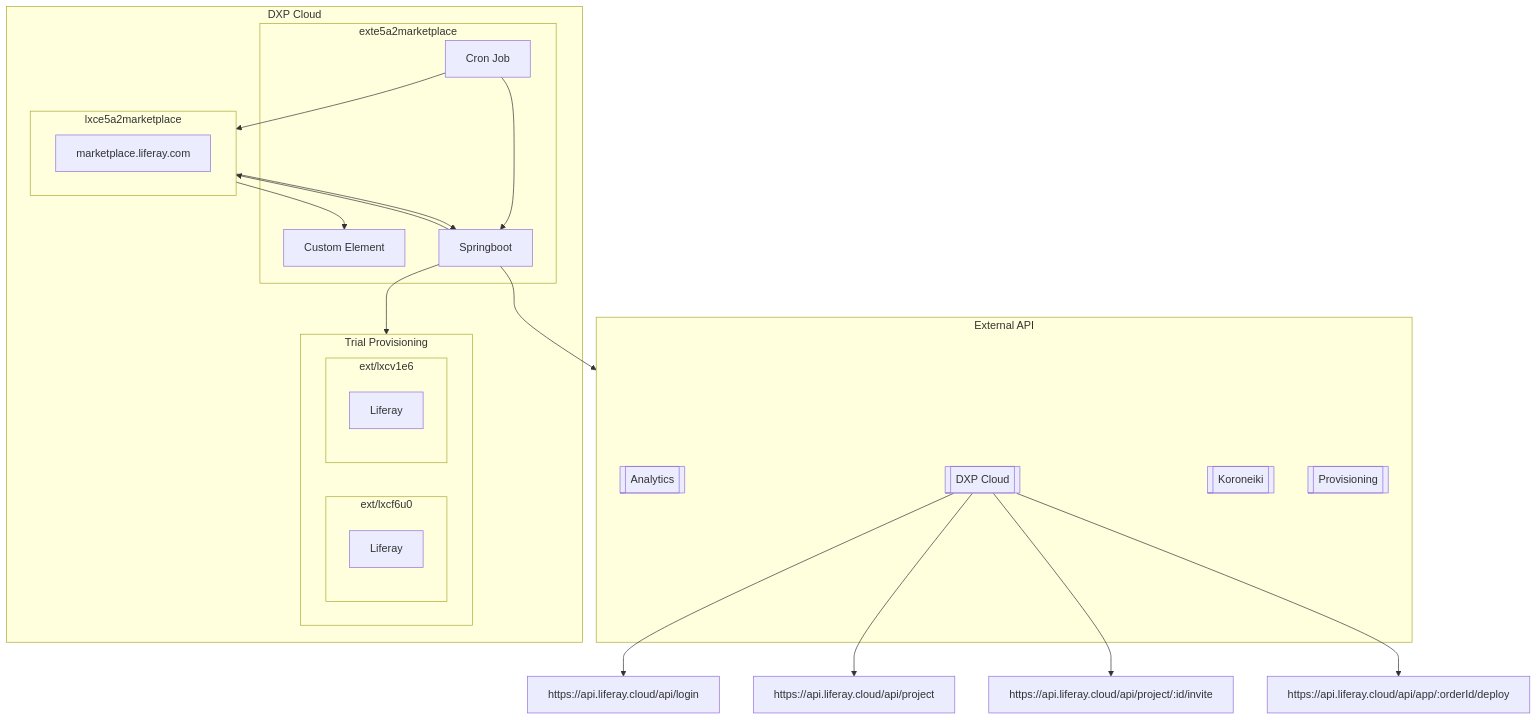
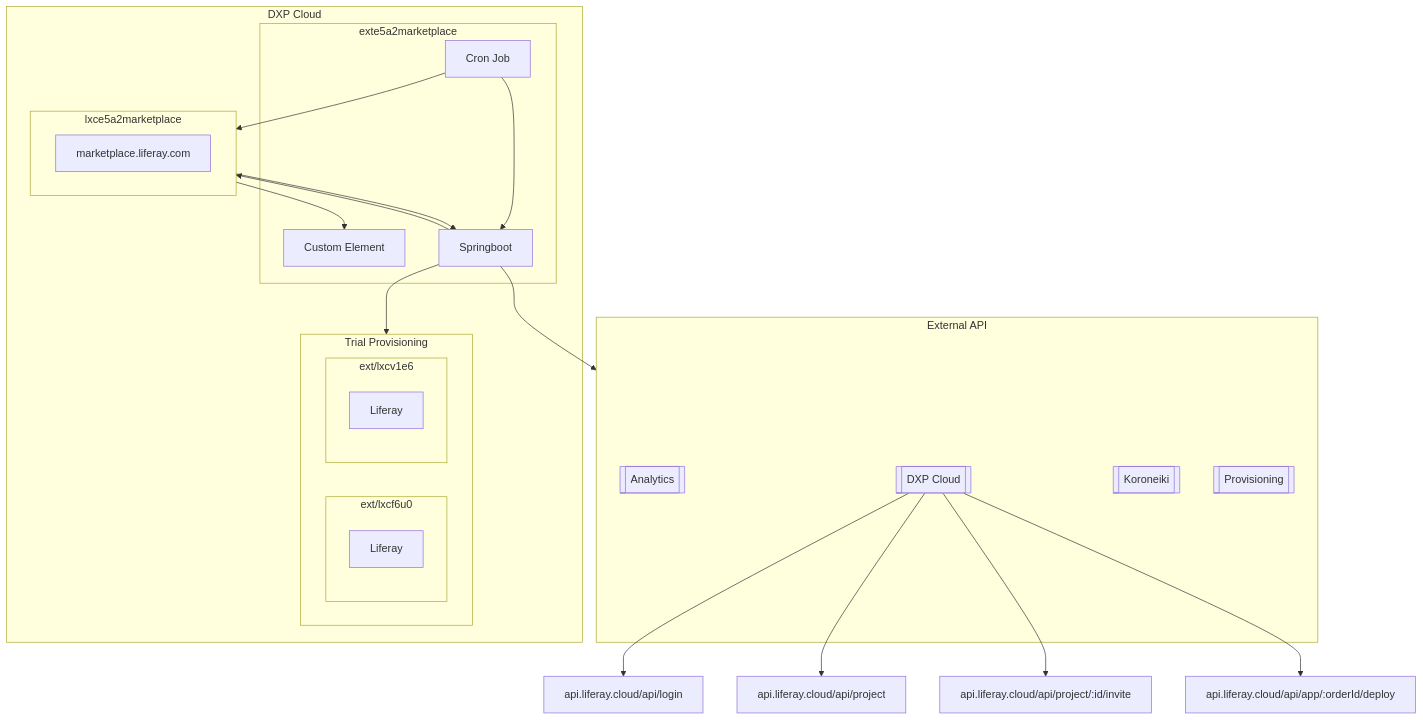
Before and after one commit to kevenleone/etl-marketplace: the diagram in design/mermaid/marketplace-components.mermaid, drawn with Mermaid. The commit also changed 88 other files, not shown here.

```diff
--- a/design/mermaid/marketplace-components.mermaid
+++ b/design/mermaid/marketplace-components.mermaid
@@ -1,44 +1,44 @@
 flowchart TB
    subgraph External[External API]
         Analytics[[Analytics]]
         CloudAPI[[DXP Cloud]]
         Koroneiki[[Koroneiki]]
         Provisioning[[Provisioning]]
     end
 
     subgraph DXPCloud[DXP Cloud]
         subgraph Marketplace[lxce5a2marketplace]
             Liferay[marketplace.liferay.com]
         end
 
          subgraph EXTMarketplace[exte5a2marketplace]
             CXCE[Custom Element]
             CXCRON[Cron Job]
             CXSpring[Springboot]
         end
 
         subgraph TrialProvisioning[Trial Provisioning]
             subgraph TrialDXP1[ext/lxcf6u0]
                 Liferay1[Liferay]
             end
 
             subgraph TrialDXP2[ext/lxcv1e6]
                 Liferay2[Liferay]
             end
         end
     end
 
     Marketplace --> CXSpring
     Marketplace --> CXCE
 
     CXSpring --> Marketplace
     CXSpring --> TrialProvisioning
     CXSpring --> External
     
     CXCRON --> CXSpring
     CXCRON --> Marketplace
 
-    CloudAPI --> https://api.liferay.cloud/api/login
-    CloudAPI --> https://api.liferay.cloud/api/project
-    CloudAPI --> https://api.liferay.cloud/api/project/:id/invite
-    CloudAPI --> https://api.liferay.cloud/api/app/:orderId/deploy
+    CloudAPI --> api.liferay.cloud/api/login
+    CloudAPI --> api.liferay.cloud/api/project
+    CloudAPI --> api.liferay.cloud/api/project/:id/invite
+    CloudAPI --> api.liferay.cloud/api/app/:orderId/deploy
```
